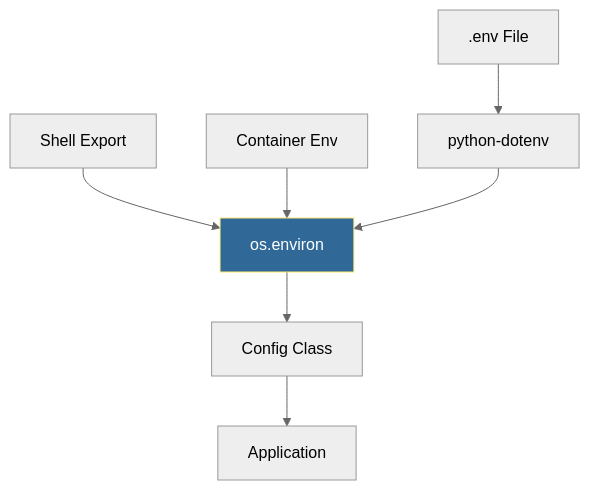
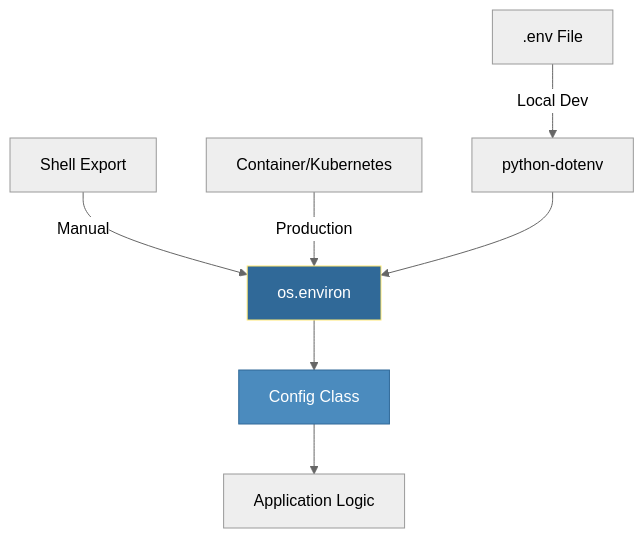
The diagram in 1-Beginner/02-Phase-2/01-Automation/02-Python-Basics/08-Environment-Variables/README.md (Ganil151/Devops), drawn with Mermaid (neutral theme) before and after one commit. The commit also changed other lines of this file and 74 other files, not shown here.

````diff
--- a/1-Beginner/02-Phase-2/01-Automation/02-Python-Basics/08-Environment-Variables/README.md
+++ b/1-Beginner/02-Phase-2/01-Automation/02-Python-Basics/08-Environment-Variables/README.md
@@ -18,11 +20,12 @@
 ```mermaid
 flowchart TD
-    A[.env File] --> B[python-dotenv]
-    C[Shell Export] --> D[os.environ]
-    E[Container Env] --> D
+    A[.env File] -->|Local Dev| B[python-dotenv]
+    C[Shell Export] -->|Manual| D[os.environ]
+    E[Container/Kubernetes] -->|Production| D
     B --> D
     D --> F[Config Class]
-    F --> G[Application]
+    F --> G[Application Logic]
     
     style D fill:#306998,stroke:#ffe873,color:#fff
+    style F fill:#4b8bbe,stroke:#306998,color:#fff
 ```
````
